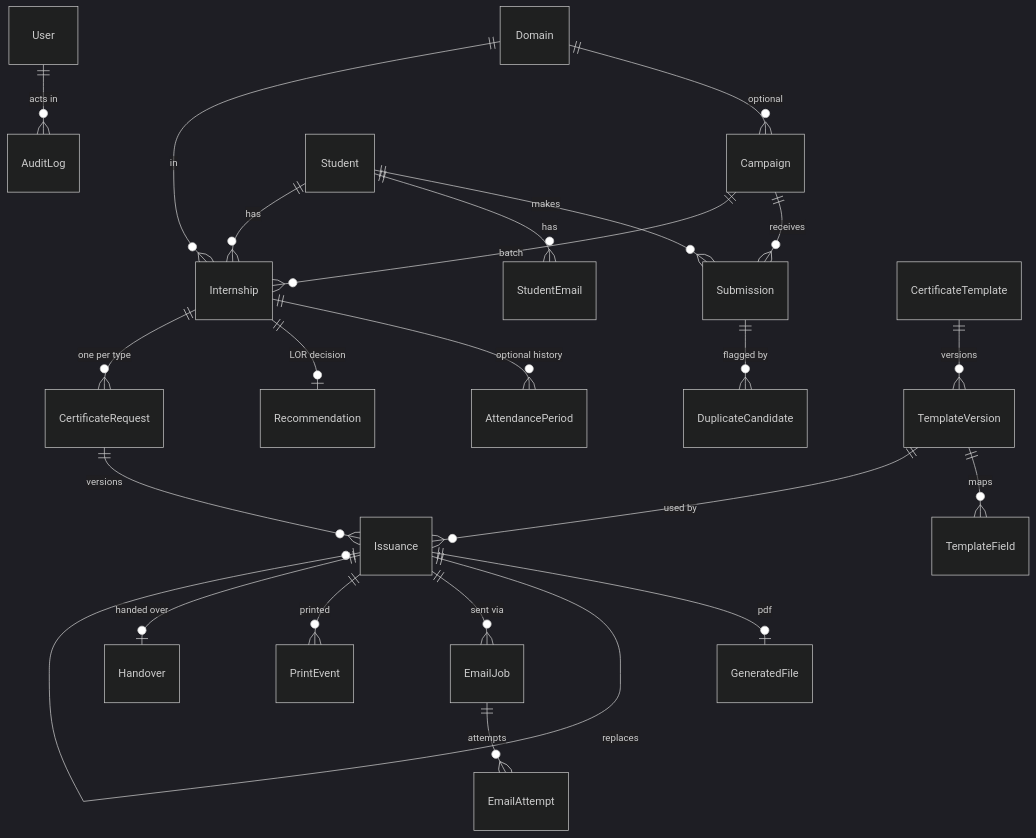
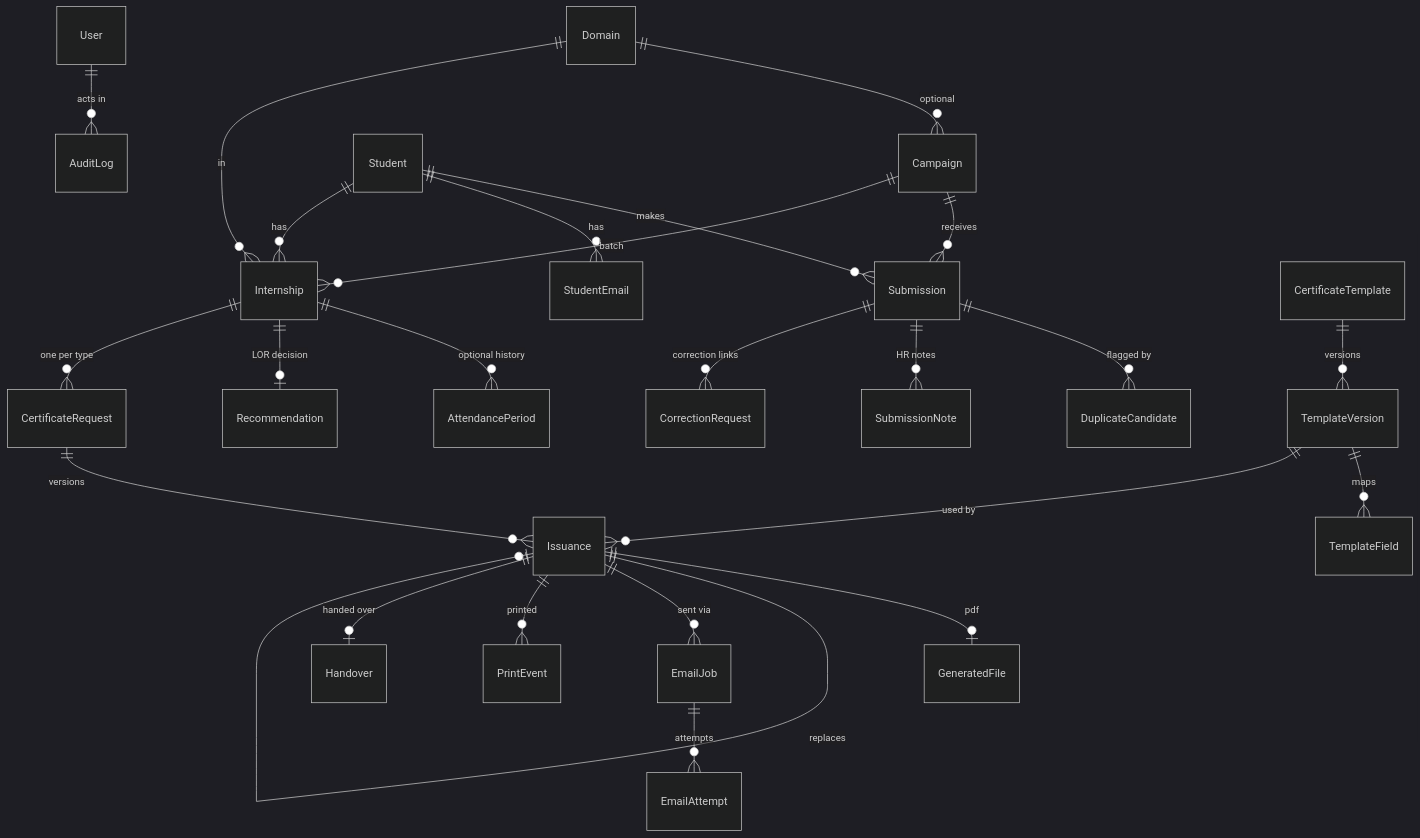
The diagram in docs/data-model.md (testorbitai01-cmd/Automatic-certificate-), drawn with Mermaid (dark theme) before and after one commit. The commit also changed other lines of this file and 42 other files, not shown here.

````diff
--- a/docs/data-model.md
+++ b/docs/data-model.md
@@ -3,25 +3,27 @@
 ```mermaid
 erDiagram
     User ||--o{ AuditLog : "acts in"
     Domain ||--o{ Campaign : "optional"
     Campaign ||--o{ Submission : receives
     Student ||--o{ Submission : makes
     Student ||--o{ StudentEmail : has
     Submission ||--o{ DuplicateCandidate : "flagged by"
     Student ||--o{ Internship : has
     Domain ||--o{ Internship : in
     Campaign ||--o{ Internship : "batch"
     Internship ||--o{ AttendancePeriod : "optional history"
     Internship ||--o| Recommendation : "LOR decision"
     Internship ||--o{ CertificateRequest : "one per type"
+    Submission ||--o{ SubmissionNote : "HR notes"
+    Submission ||--o{ CorrectionRequest : "correction links"
     CertificateTemplate ||--o{ TemplateVersion : versions
     TemplateVersion ||--o{ TemplateField : maps
     CertificateRequest ||--o{ Issuance : "versions"
     TemplateVersion ||--o{ Issuance : "used by"
     Issuance ||--o| GeneratedFile : pdf
     Issuance ||--o| Issuance : "replaces"
     Issuance ||--o{ EmailJob : "sent via"
     EmailJob ||--o{ EmailAttempt : attempts
     Issuance ||--o{ PrintEvent : printed
     Issuance ||--o| Handover : "handed over"
 ```
````
